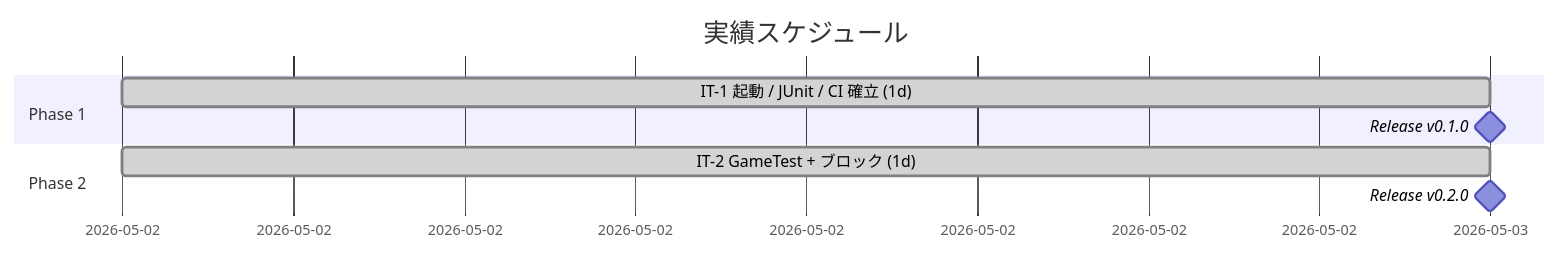
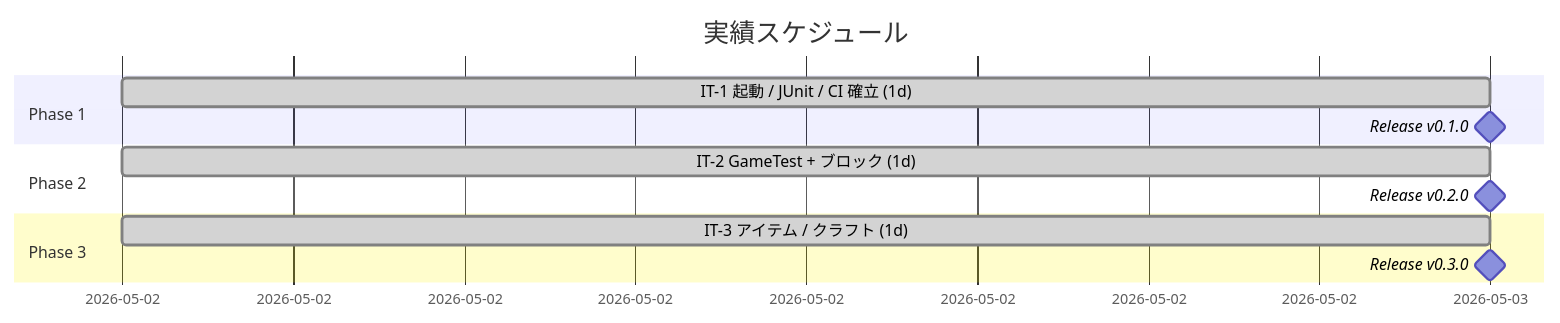
The second of 3 diagrams in docs/development/release_plan.md (k2works/ai-programing-exercise), drawn with Mermaid before and after one commit. The commit also changed other lines of this file and 3 other files, not shown here.

````diff
--- a/docs/development/release_plan.md
+++ b/docs/development/release_plan.md
@@ -163,11 +164,14 @@
 ```mermaid
 gantt
     title 実績スケジュール
     dateFormat  YYYY-MM-DD
     section Phase 1
     IT-1 起動 / JUnit / CI 確立 (1d) :done, p1, 2026-05-02, 1d
     Release v0.1.0                  :milestone, m1, after p1, 0d
     section Phase 2
     IT-2 GameTest + ブロック (1d)    :done, p2, 2026-05-02, 1d
     Release v0.2.0                  :milestone, m2, after p2, 0d
+    section Phase 3
+    IT-3 アイテム / クラフト (1d)   :done, p3, 2026-05-02, 1d
+    Release v0.3.0                  :milestone, m3, after p3, 0d
 ```
````
